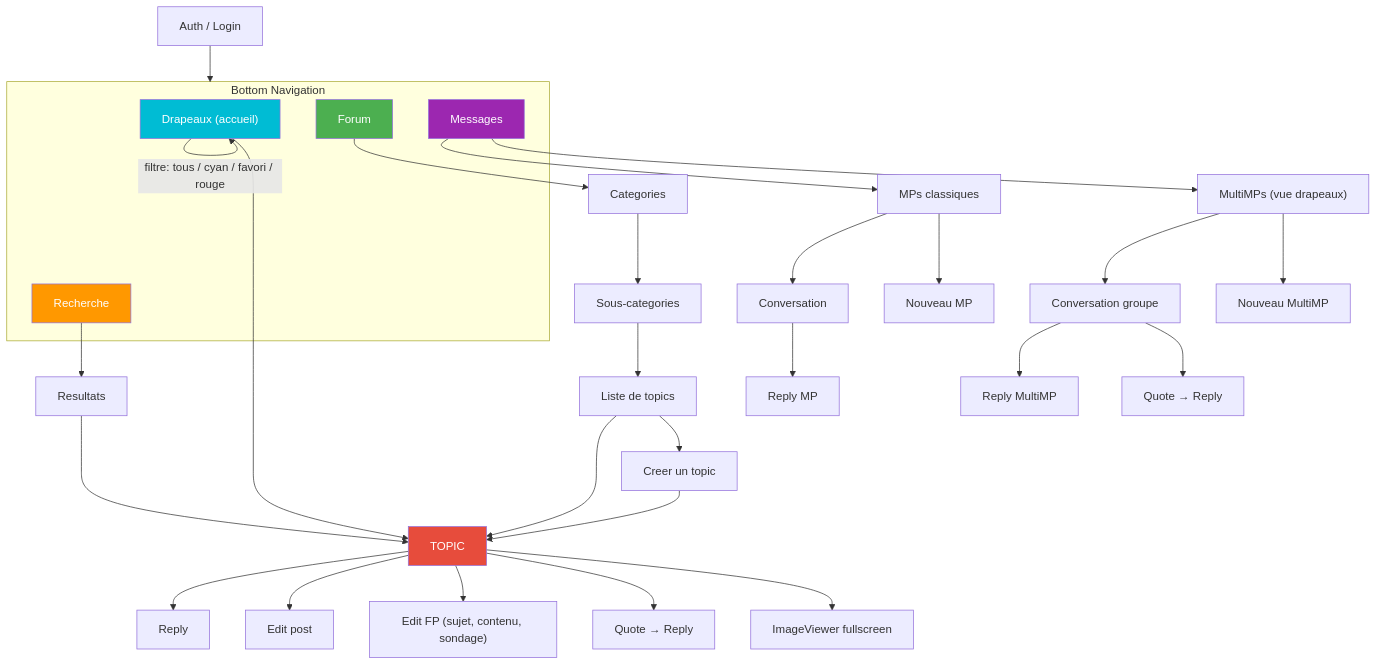
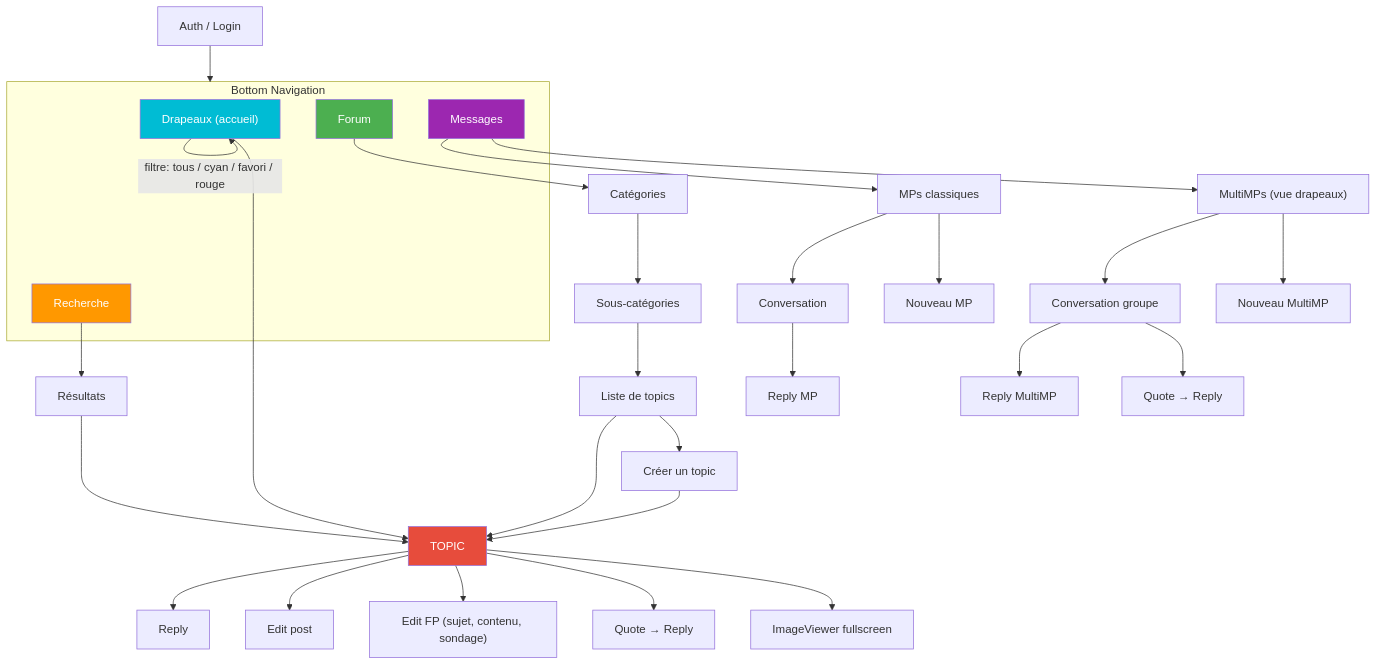
The first of 2 diagrams in docs/navigation.md (ForumHFR/redface2), drawn with Mermaid before and after one commit. The commit also changed other lines of this file and 10 other files, not shown here.

````diff
--- a/docs/navigation.md
+++ b/docs/navigation.md
@@ -31,48 +31,48 @@
 ```mermaid
 graph TB
     LOGIN[Auth / Login] --> HOME
 
     subgraph HOME["Bottom Navigation"]
         FLAGS["Drapeaux (accueil)"]
         FORUM[Forum]
         SEARCH[Recherche]
         MSGS[Messages]
     end
 
-    FLAGS -->|"tri: date / categorie"| FLAGS
+    FLAGS -->|"tri: date / catégorie"| FLAGS
     FLAGS -->|"filtre: tous / cyan / favori / rouge"| FLAGS
     FLAGS --> TOPIC
 
-    FORUM --> CATS[Categories]
-    CATS --> SUBCATS[Sous-categories]
+    FORUM --> CATS[Catégories]
+    CATS --> SUBCATS[Sous-catégories]
     SUBCATS --> TOPICLIST[Liste de topics]
     TOPICLIST --> TOPIC
-    TOPICLIST --> NEWTOPIC["Creer un topic"]
+    TOPICLIST --> NEWTOPIC["Créer un topic"]
 
-    SEARCH --> RESULTS[Resultats]
+    SEARCH --> RESULTS[Résultats]
     RESULTS --> TOPIC
 
     MSGS --> TABMP["MPs classiques"]
     MSGS --> TABMULTI["MultiMPs (vue drapeaux)"]
     TABMP --> CONV[Conversation]
     TABMP --> NEWMP["Nouveau MP"]
     TABMULTI --> CONVMULTI["Conversation groupe"]
     TABMULTI --> NEWMULTI["Nouveau MultiMP"]
     CONV --> REPLYMP[Reply MP]
     CONVMULTI --> REPLYMULTI[Reply MultiMP]
     CONVMULTI --> QUOTEMULTI["Quote → Reply"]
 
     TOPIC --> REPLY[Reply]
     TOPIC --> EDIT["Edit post"]
     TOPIC --> EDITFP["Edit FP (sujet, contenu, sondage)"]
     TOPIC --> QUOTE["Quote → Reply"]
     TOPIC --> IMAGE[ImageViewer fullscreen]
 
     NEWTOPIC --> TOPIC
 
     style FLAGS fill:#00bcd4,color:#fff
     style FORUM fill:#4caf50,color:#fff
     style SEARCH fill:#ff9800,color:#fff
     style MSGS fill:#9c27b0,color:#fff
     style TOPIC fill:#e74c3c,color:#fff
 ```
````
